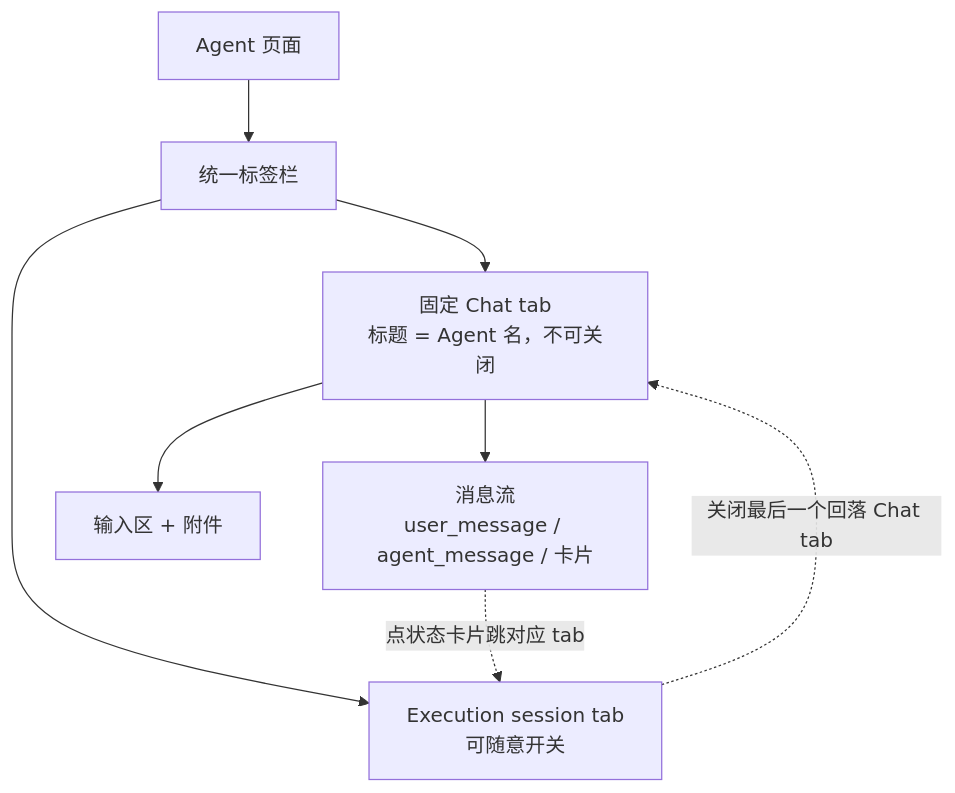
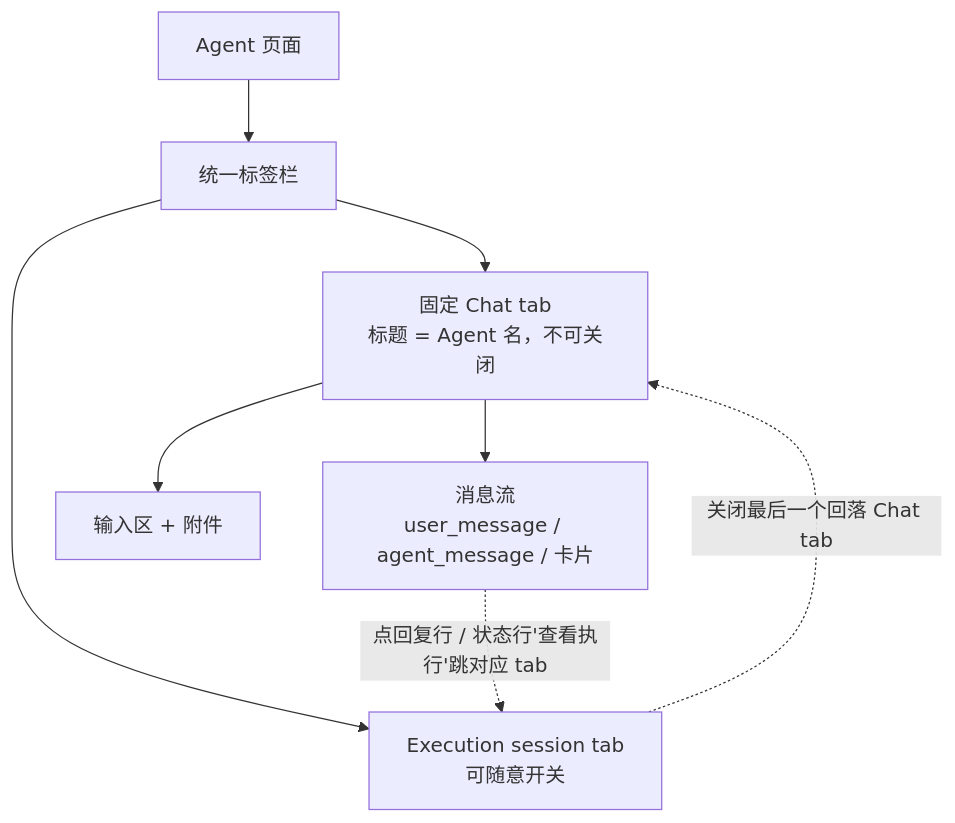
The tenth of 10 diagrams in docs/design/zh/27-intent-messaging-and-group-chat.md (acowork/acowork), drawn with Mermaid before and after one commit. The commit also changed other lines of this file and 82 other files, not shown here.

````diff
--- a/docs/design/zh/27-intent-messaging-and-group-chat.md
+++ b/docs/design/zh/27-intent-messaging-and-group-chat.md
@@ -882,10 +882,10 @@
 ```mermaid
 graph TB
     AP["Agent 页面"] --> BAR["统一标签栏"]
     BAR --> CT["固定 Chat tab<br/>标题 = Agent 名，不可关闭"]
     BAR --> ET["Execution session tab<br/>可随意开关"]
     CT --> MSG["消息流<br/>user_message / agent_message / 卡片"]
     CT --> INPUT["输入区 + 附件"]
-    MSG -.->|"点状态卡片跳对应 tab"| ET
+    MSG -.->|"点回复行 / 状态行'查看执行'跳对应 tab"| ET
     ET -.->|"关闭最后一个回落 Chat tab"| CT
 ```
````
